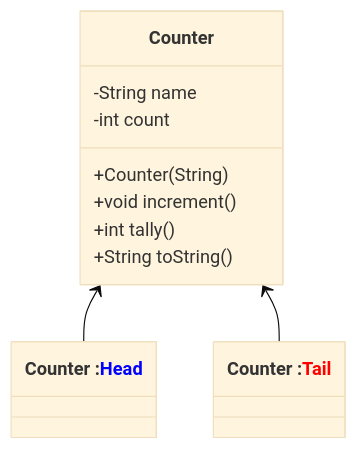
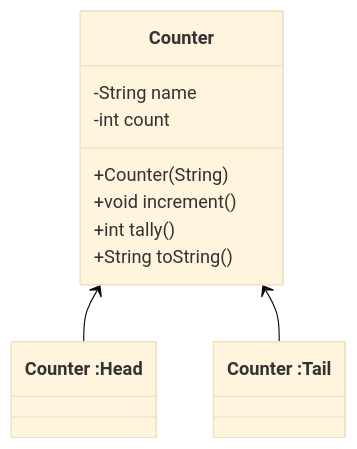
Before and after one commit to dsuberi/CIS385LabAssignment: the diagram in Lab001/Question01.md, drawn with Mermaid (base theme).

````diff
--- a/Lab001/Question01.md
+++ b/Lab001/Question01.md
@@ -8,16 +8,16 @@
 ```mermaid
 classDiagram
       class Counter{
             -String name
             -int count
             +Counter(String)
             +void increment()
             +int tally()
             +String toString()
       }
-      class Head["Counter :<font color='blue'>Head</font>"]
-      class Tail["Counter :<font color='red'>Tail</font>"]
+      class Head["Counter :Head"]
+      class Tail["Counter :Tail"]
 
       Counter <-- Head
       Counter <-- Tail
 ```
````
